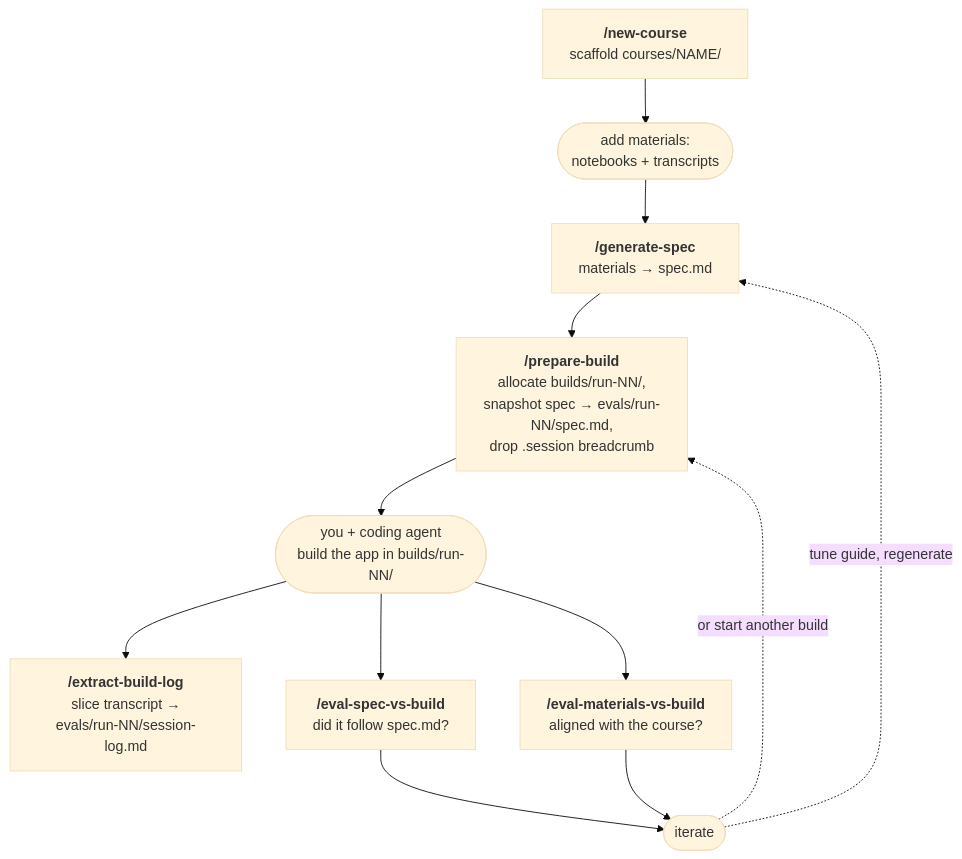
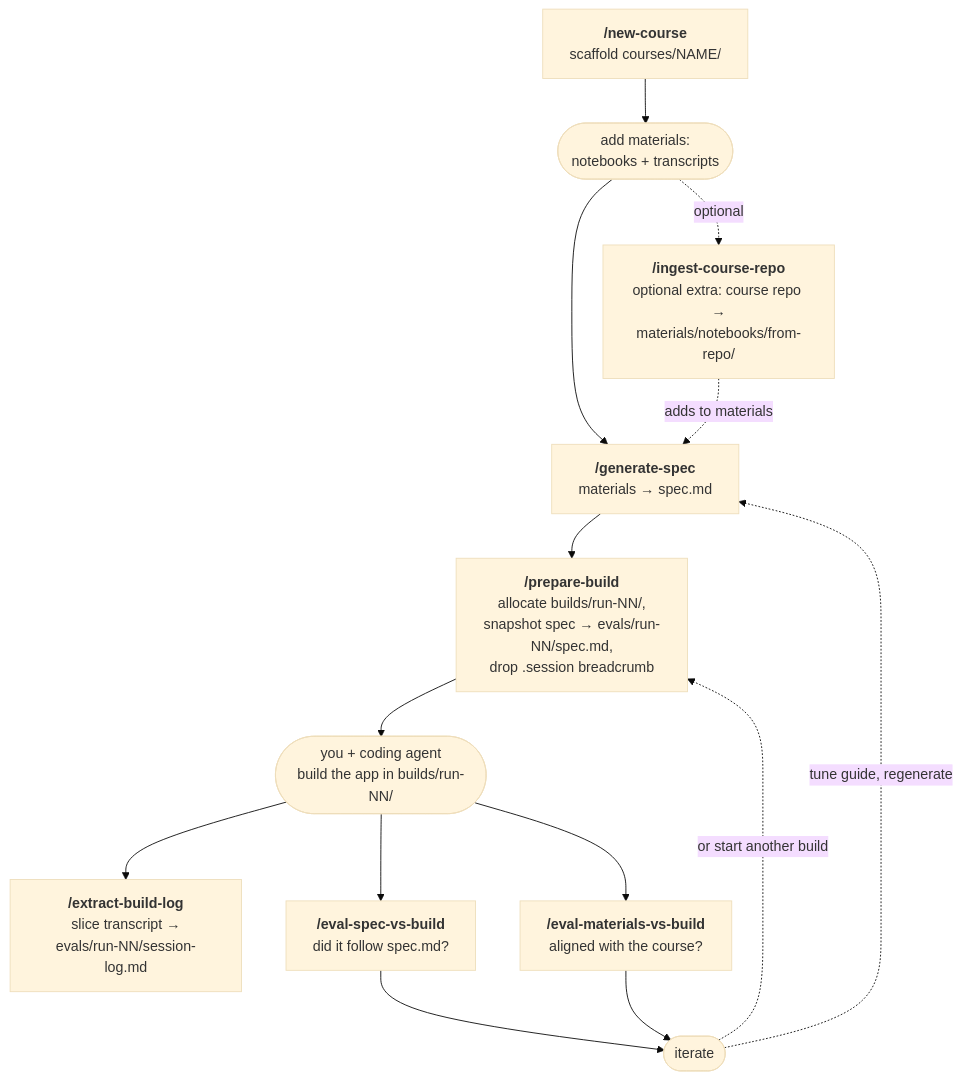
One commit to https-deeplearning-ai/spec-build-lab changed the diagram in README.md. Above: the diagram before and after it, drawn with Mermaid (base theme). The commit also changed other lines of this file and 6 other files, not shown here.

````diff
--- a/README.md
+++ b/README.md
@@ -75,19 +76,22 @@
 ```mermaid
 flowchart TD
     NC["<b>/new-course</b><br/>scaffold courses/NAME/"]
     MAT(["add materials:<br/>notebooks + transcripts"])
+    ICR["<b>/ingest-course-repo</b><br/>optional extra: course repo →<br/>materials/notebooks/from-repo/"]
     GS["<b>/generate-spec</b><br/>materials → spec.md"]
     PB["<b>/prepare-build</b><br/>allocate builds/run-NN/,<br/>snapshot spec → evals/run-NN/spec.md,<br/>drop .session breadcrumb"]
     OP(["you + coding agent<br/>build the app in builds/run-NN/"])
     EBL["<b>/extract-build-log</b><br/>slice transcript →<br/>evals/run-NN/session-log.md"]
     ESB["<b>/eval-spec-vs-build</b><br/>did it follow spec.md?"]
     EMB["<b>/eval-materials-vs-build</b><br/>aligned with the course?"]
     IT(["iterate"])
 
     NC --> MAT --> GS --> PB --> OP --> EBL
+    MAT -. optional .-> ICR
+    ICR -. adds to materials .-> GS
     OP --> ESB & EMB
     ESB --> IT
     EMB --> IT
     IT -. tune guide, regenerate .-> GS
     IT -. or start another build .-> PB
 ```
````
